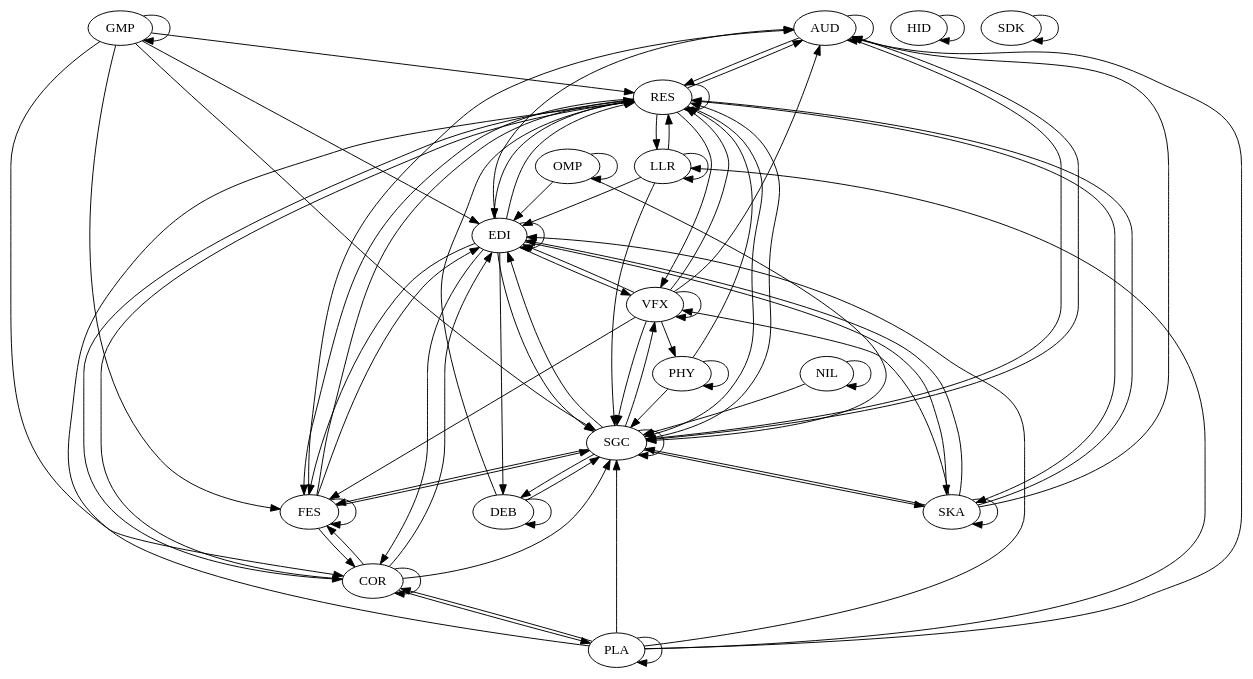
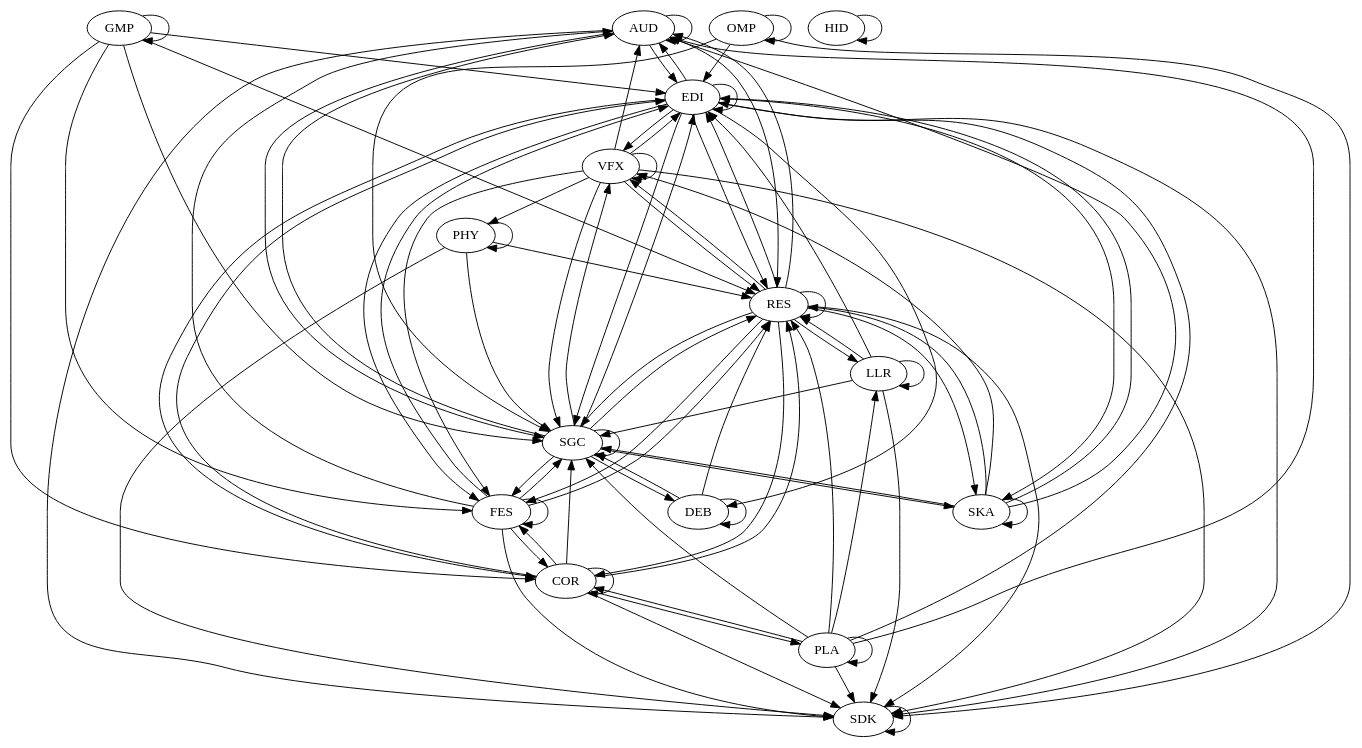
One commit to gamedev-studies/game-engine-analyser changed the diagram in 6_architectural_map_gen/outputs/godot.dot. Above: the diagram before and after it, drawn with Graphviz. The commit also changed 10 other files, not shown here.

```diff
--- a/6_architectural_map_gen/outputs/godot.dot
+++ b/6_architectural_map_gen/outputs/godot.dot
@@ -1,86 +1,95 @@
 digraph "source tree" {
 	"AUD" -> "AUD"
+	"AUD" -> "EDI"
 	"AUD" -> "RES"
+	"AUD" -> "SDK"
 	"AUD" -> "SGC"
 	"COR" -> "COR"
 	"COR" -> "EDI"
 	"COR" -> "FES"
 	"COR" -> "PLA"
 	"COR" -> "RES"
+	"COR" -> "SDK"
 	"COR" -> "SGC"
 	"DEB" -> "DEB"
 	"DEB" -> "RES"
 	"DEB" -> "SGC"
 	"EDI" -> "AUD"
 	"EDI" -> "COR"
 	"EDI" -> "DEB"
 	"EDI" -> "EDI"
 	"EDI" -> "FES"
 	"EDI" -> "RES"
+	"EDI" -> "SDK"
 	"EDI" -> "SGC"
 	"EDI" -> "SKA"
 	"EDI" -> "VFX"
 	"FES" -> "AUD"
 	"FES" -> "COR"
 	"FES" -> "EDI"
 	"FES" -> "FES"
 	"FES" -> "RES"
+	"FES" -> "SDK"
 	"FES" -> "SGC"
 	"GMP" -> "COR"
 	"GMP" -> "EDI"
 	"GMP" -> "FES"
 	"GMP" -> "GMP"
 	"GMP" -> "RES"
 	"GMP" -> "SGC"
 	"HID" -> "HID"
 	"LLR" -> "EDI"
 	"LLR" -> "LLR"
 	"LLR" -> "RES"
+	"LLR" -> "SDK"
 	"LLR" -> "SGC"
-	"NIL" -> "NIL"
-	"NIL" -> "SGC"
 	"OMP" -> "EDI"
 	"OMP" -> "OMP"
+	"OMP" -> "SDK"
 	"OMP" -> "SGC"
 	"PHY" -> "PHY"
 	"PHY" -> "RES"
+	"PHY" -> "SDK"
 	"PHY" -> "SGC"
 	"PLA" -> "AUD"
 	"PLA" -> "COR"
 	"PLA" -> "EDI"
 	"PLA" -> "LLR"
 	"PLA" -> "PLA"
 	"PLA" -> "RES"
+	"PLA" -> "SDK"
 	"PLA" -> "SGC"
 	"RES" -> "AUD"
 	"RES" -> "COR"
 	"RES" -> "EDI"
 	"RES" -> "FES"
 	"RES" -> "LLR"
 	"RES" -> "RES"
+	"RES" -> "SDK"
 	"RES" -> "SGC"
 	"RES" -> "SKA"
 	"RES" -> "VFX"
 	"SDK" -> "SDK"
 	"SGC" -> "AUD"
 	"SGC" -> "DEB"
 	"SGC" -> "EDI"
 	"SGC" -> "FES"
 	"SGC" -> "RES"
 	"SGC" -> "SGC"
 	"SGC" -> "SKA"
 	"SGC" -> "VFX"
 	"SKA" -> "AUD"
 	"SKA" -> "EDI"
 	"SKA" -> "RES"
 	"SKA" -> "SGC"
 	"SKA" -> "SKA"
 	"SKA" -> "VFX"
 	"VFX" -> "AUD"
 	"VFX" -> "EDI"
 	"VFX" -> "FES"
 	"VFX" -> "PHY"
 	"VFX" -> "RES"
+	"VFX" -> "SDK"
 	"VFX" -> "SGC"
 	"VFX" -> "VFX"
 }
```
